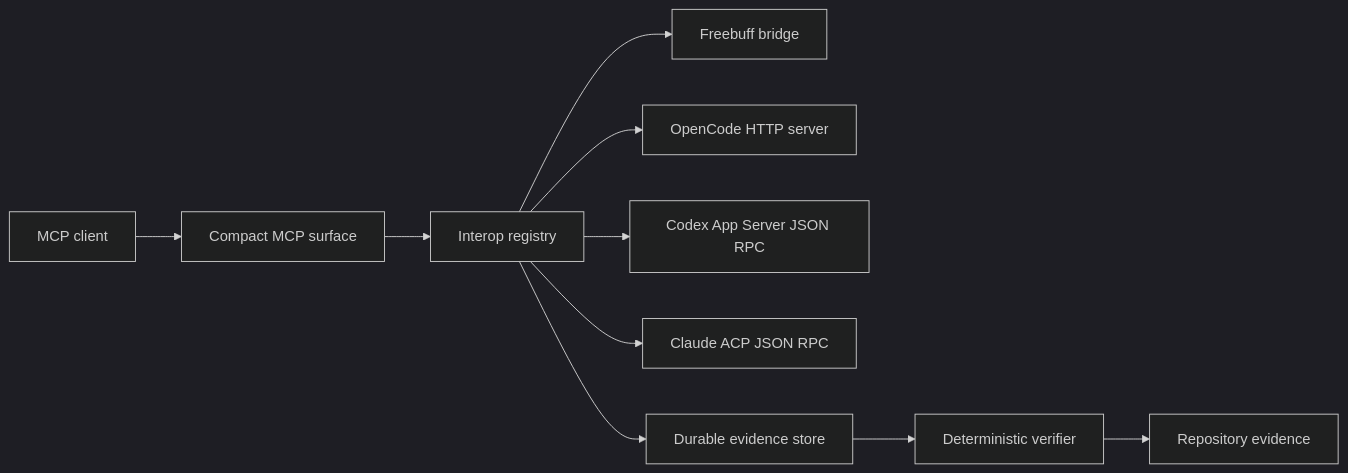
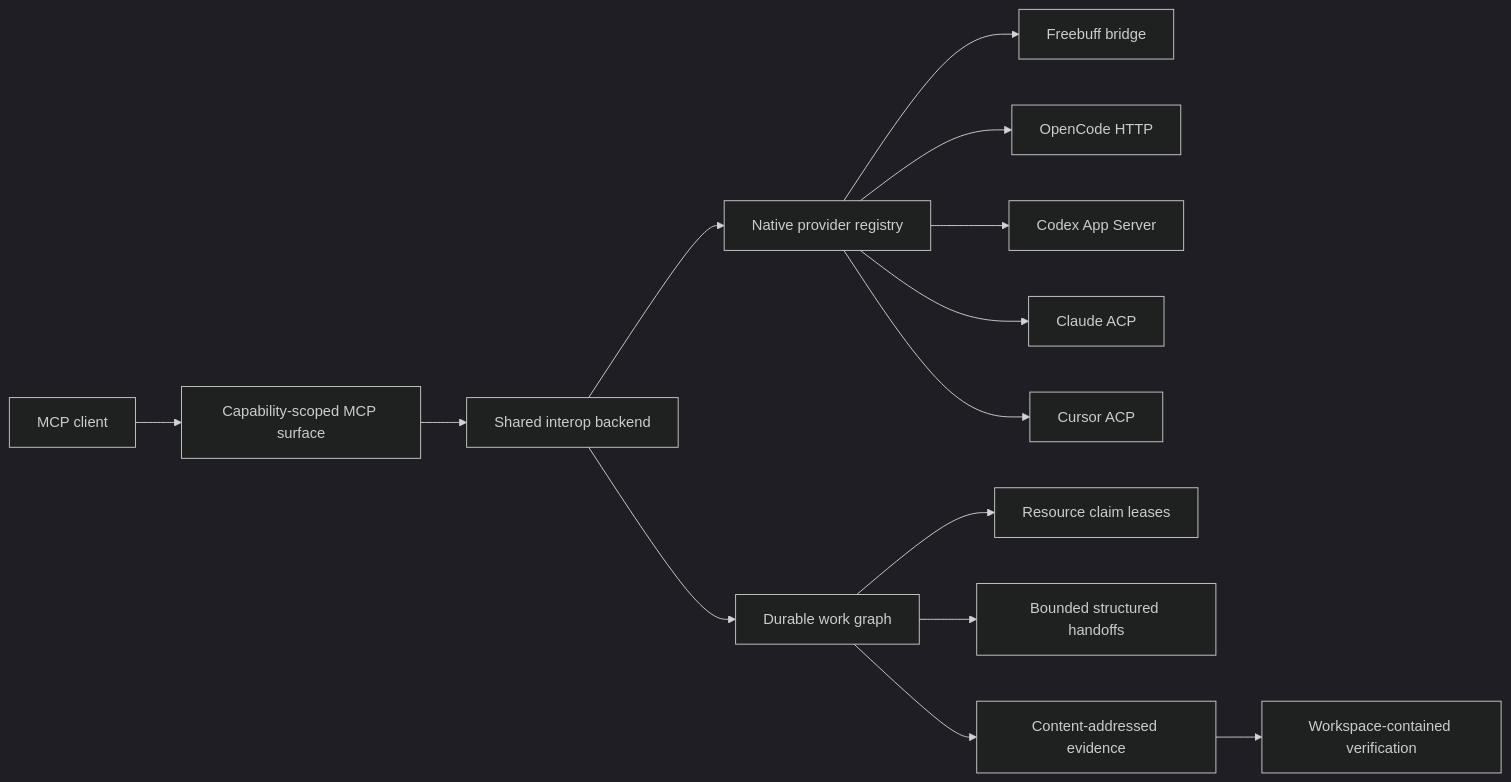
Before and after one commit to Praket7/agent-interop-runtime: the diagram in docs/architecture.md, drawn with Mermaid (dark theme). The commit also changed other lines of this file and 23 other files, not shown here.

````diff
--- a/docs/architecture.md
+++ b/docs/architecture.md
@@ -15,12 +5,16 @@
 ```mermaid
 flowchart LR
-  Client[MCP client] --> Northbound[Compact MCP surface]
-  Northbound --> Registry[Interop registry]
+  Client[MCP client] --> Surface[Capability-scoped MCP surface]
+  Surface --> Backend[Shared interop backend]
+  Backend --> Registry[Native provider registry]
   Registry --> Freebuff[Freebuff bridge]
-  Registry --> OpenCode[OpenCode HTTP server]
-  Registry --> Codex[Codex App Server JSON RPC]
-  Registry --> Claude[Claude ACP JSON RPC]
-  Registry --> Evidence[Durable evidence store]
-  Evidence --> Verify[Deterministic verifier]
-  Verify --> Git[Repository evidence]
+  Registry --> OpenCode[OpenCode HTTP]
+  Registry --> Codex[Codex App Server]
+  Registry --> Claude[Claude ACP]
+  Registry --> Cursor[Cursor ACP]
+  Backend --> Workflow[Durable work graph]
+  Workflow --> Claims[Resource claim leases]
+  Workflow --> Handoffs[Bounded structured handoffs]
+  Workflow --> Evidence[Content-addressed evidence]
+  Evidence --> Verify[Workspace-contained verification]
 ```
````
